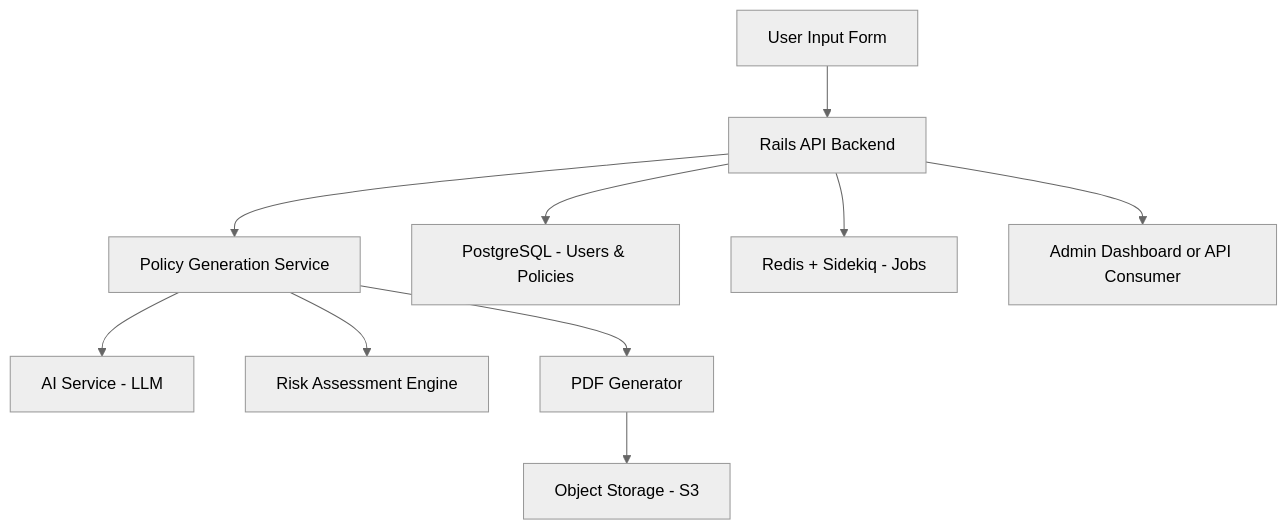
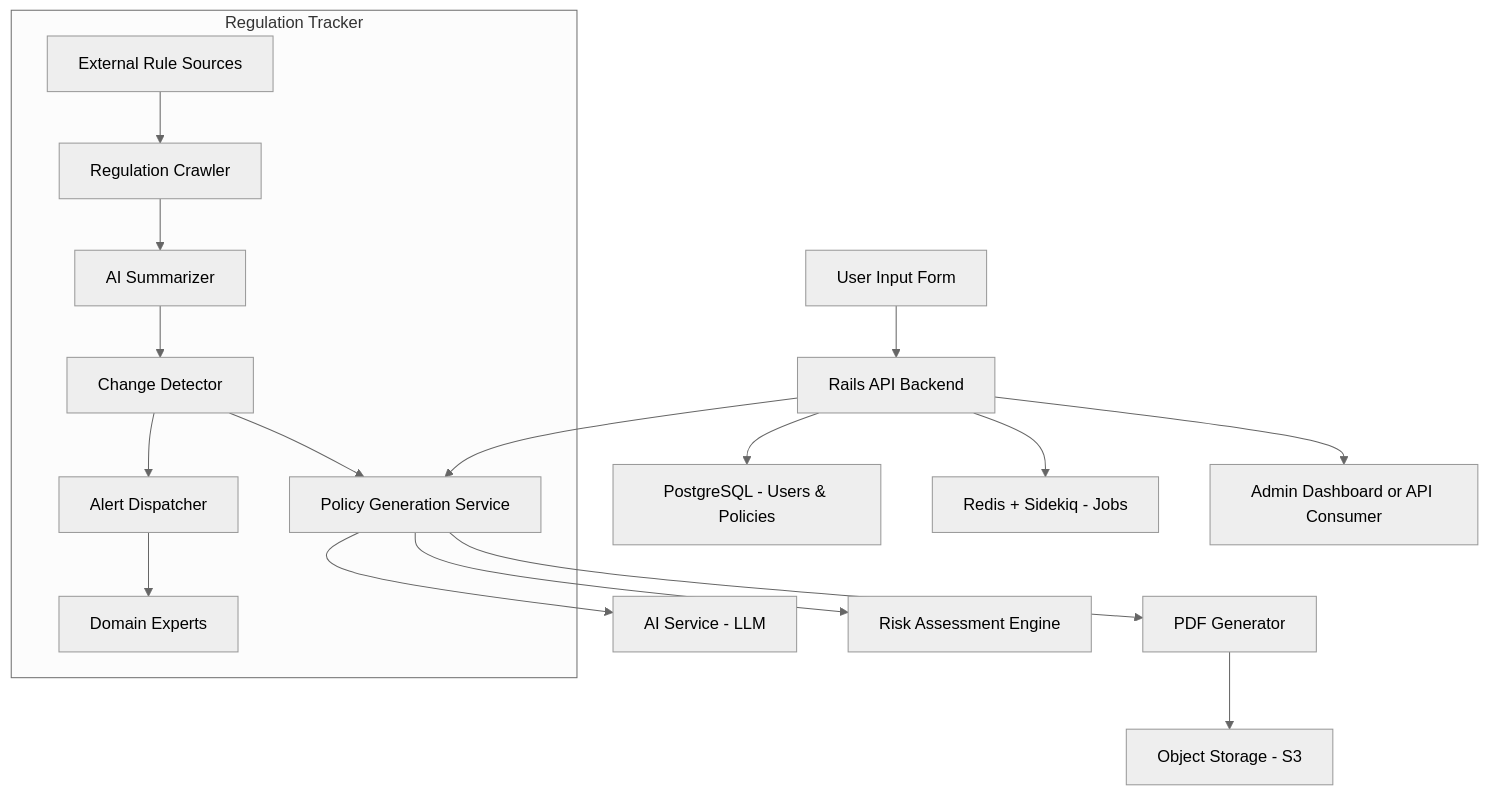
Before and after one commit to mehrdadzakershahrak/AI-Powered-Policy-builder: the diagram in README.md, drawn with Mermaid (neutral theme). The commit also changed other lines of this file, not shown here.

````diff
--- a/README.md
+++ b/README.md
@@ -10,12 +14,21 @@
 ```mermaid
 graph TD
   A[User Input Form] --> B[Rails API Backend]
   B --> C[Policy Generation Service]
   C --> D[AI Service - LLM]
   C --> E[Risk Assessment Engine]
   C --> F[PDF Generator]
   F --> G[Object Storage - S3]
   B --> H[PostgreSQL - Users & Policies]
   B --> I[Redis + Sidekiq - Jobs]
   B --> J[Admin Dashboard or API Consumer]
+
+  subgraph Regulation Tracker
+    X[External Rule Sources] --> Y[Regulation Crawler]
+    Y --> Z[AI Summarizer]
+    Z --> AA[Change Detector]
+    AA --> AB[Alert Dispatcher]
+    AB --> AC[Domain Experts]
+    AA --> C
+  end
 ```
````
